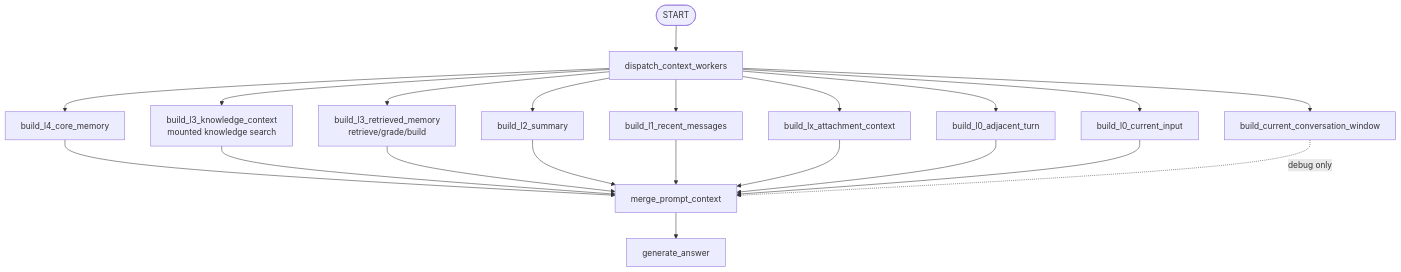
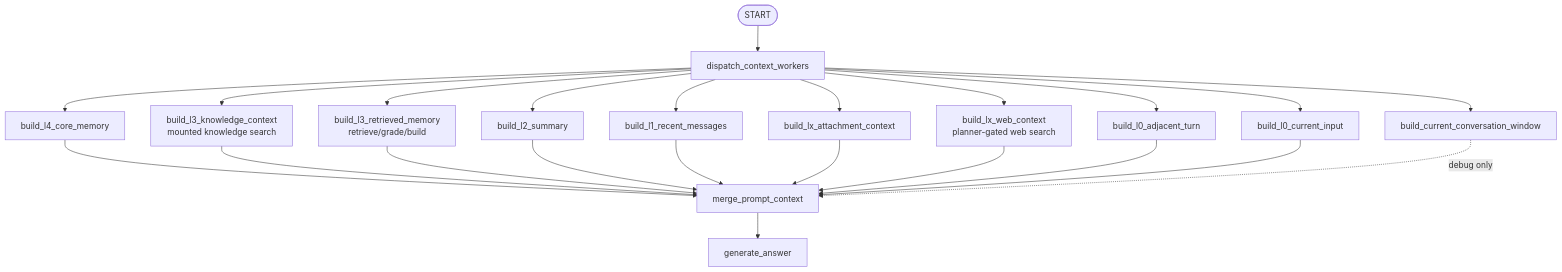
One commit to LiuJiaxuan1024/AiMemo changed the second of 2 diagrams in docs/agent/context-pyramid.md. Above: the diagram before and after it, drawn with Mermaid. The commit also changed other lines of this file and 43 other files, not shown here.

Commit message:
feat: add web search and improve dev startup

````diff
--- a/docs/agent/context-pyramid.md
+++ b/docs/agent/context-pyramid.md
@@ -127,24 +135,26 @@
 ```mermaid
 flowchart TD
     Start([START]) --> Dispatch[dispatch_context_workers]
     Dispatch --> L4Worker[build_l4_core_memory]
     Dispatch --> K3Worker[build_l3_knowledge_context<br/>mounted knowledge search]
     Dispatch --> L3Worker[build_l3_retrieved_memory<br/>retrieve/grade/build]
     Dispatch --> L2Worker[build_l2_summary]
     Dispatch --> L1Worker[build_l1_recent_messages]
     Dispatch --> LXWorker[build_lx_attachment_context]
+    Dispatch --> LXWebWorker[build_lx_web_context<br/>planner-gated web search]
     Dispatch --> L05Worker[build_l0_adjacent_turn]
     Dispatch --> L0Worker[build_l0_current_input]
     Dispatch --> WindowWorker[build_current_conversation_window]
 
     L4Worker --> Merge[merge_prompt_context]
     K3Worker --> Merge
     L3Worker --> Merge
     L2Worker --> Merge
     L1Worker --> Merge
     LXWorker --> Merge
+    LXWebWorker --> Merge
     L05Worker --> Merge
     L0Worker --> Merge
     WindowWorker -. debug only .-> Merge
     Merge --> Generate[generate_answer]
 ```
````
